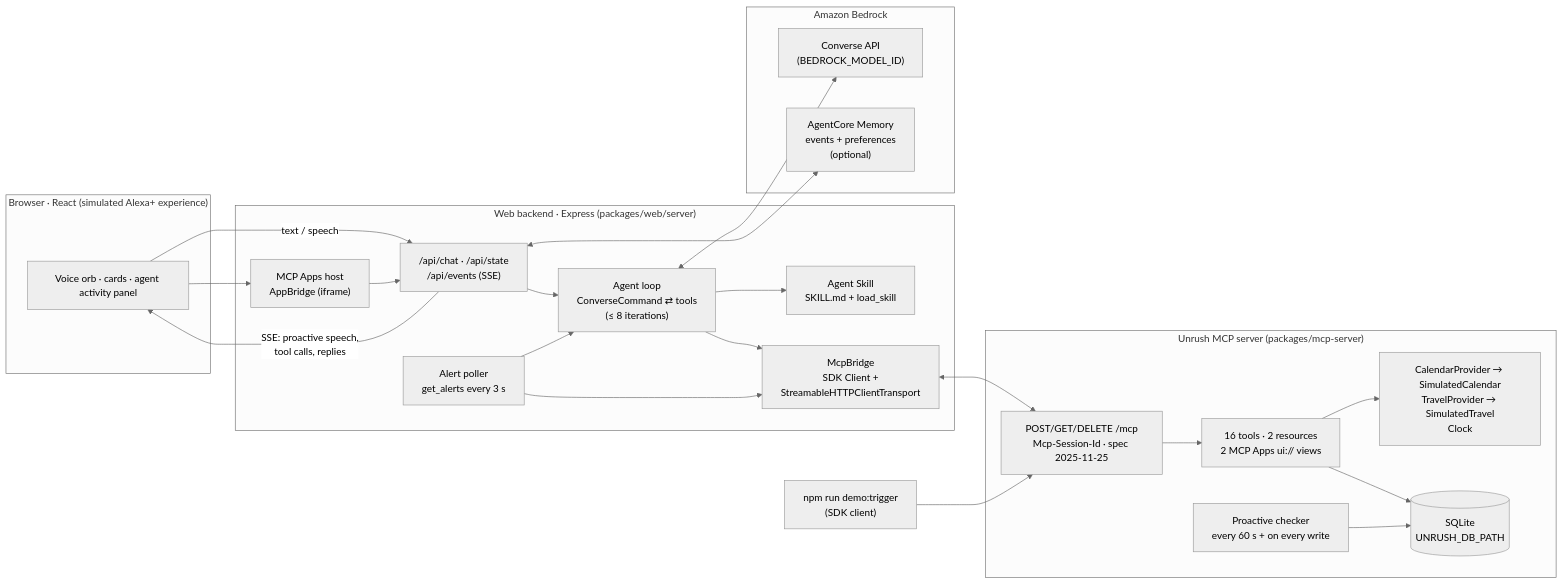
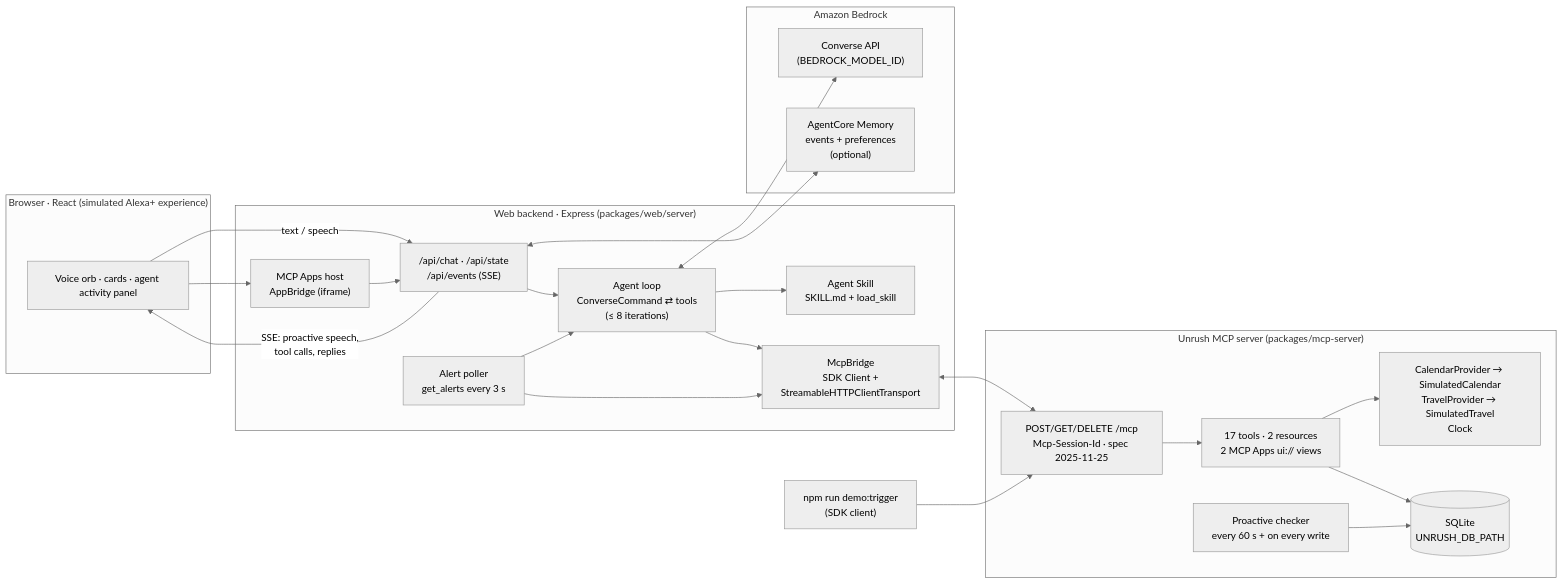
The diagram in README.md (codergirl73/unrush), drawn with Mermaid (neutral theme) before and after one commit. The commit also changed other lines of this file and 25 other files, not shown here.

````diff
--- a/README.md
+++ b/README.md
@@ -30,43 +30,43 @@
 ```mermaid
 flowchart LR
   subgraph Browser["Browser · React (simulated Alexa+ experience)"]
     UI["Voice orb · cards · agent activity panel"]
   end
   subgraph Web["Web backend · Express (packages/web/server)"]
     API["/api/chat · /api/state<br/>/api/events (SSE)"]
     Agent["Agent loop<br/>ConverseCommand ⇄ tools<br/>(≤ 8 iterations)"]
     Poller["Alert poller<br/>get_alerts every 3 s"]
     Skills["Agent Skill<br/>SKILL.md + load_skill"]
     AppsHost["MCP Apps host<br/>AppBridge (iframe)"]
     Bridge["McpBridge<br/>SDK Client +<br/>StreamableHTTPClientTransport"]
   end
   subgraph AWS["Amazon Bedrock"]
     Converse["Converse API<br/>(BEDROCK_MODEL_ID)"]
     ACMem["AgentCore Memory<br/>events + preferences<br/>(optional)"]
   end
   subgraph MCP["Unrush MCP server (packages/mcp-server)"]
     HTTP["POST/GET/DELETE /mcp<br/>Mcp-Session-Id · spec 2025-11-25"]
-    Tools["16 tools · 2 resources<br/>2 MCP Apps ui:// views"]
+    Tools["17 tools · 2 resources<br/>2 MCP Apps ui:// views"]
     Engine["Proactive checker<br/>every 60 s + on every write"]
     Providers["CalendarProvider → SimulatedCalendar<br/>TravelProvider → SimulatedTravel<br/>Clock"]
     DB[("SQLite<br/>UNRUSH_DB_PATH")]
   end
 
   UI -- "text / speech" --> API
   API -- "SSE: proactive speech,<br/>tool calls, replies" --> UI
   API --> Agent
   Poller --> Agent
   Agent <--> Converse
   Agent --> Skills
   API <--> ACMem
   UI --> AppsHost
   AppsHost --> API
   Agent --> Bridge
   Poller --> Bridge
   Bridge <--> HTTP
   HTTP --> Tools
   Tools --> DB
   Tools --> Providers
   Engine --> DB
   Trigger["npm run demo:trigger<br/>(SDK client)"] --> HTTP
 ```
````
